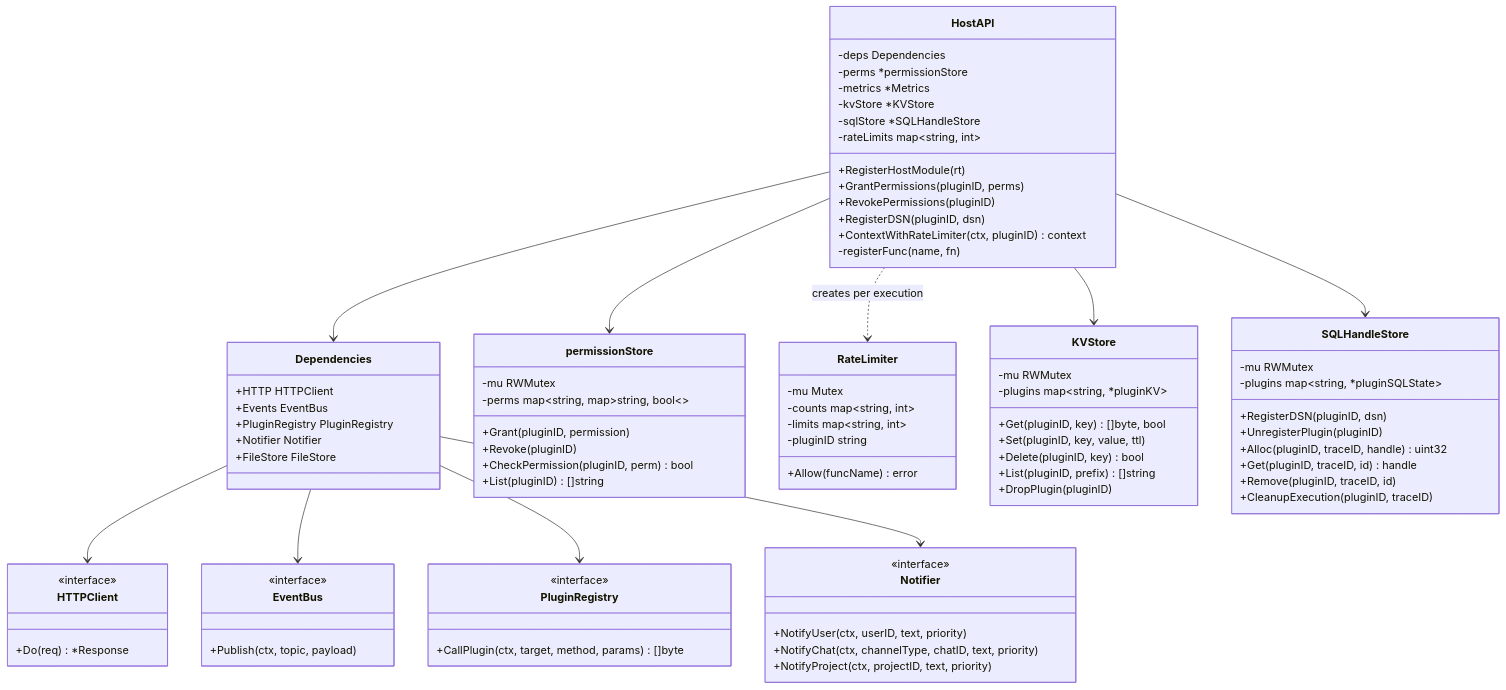
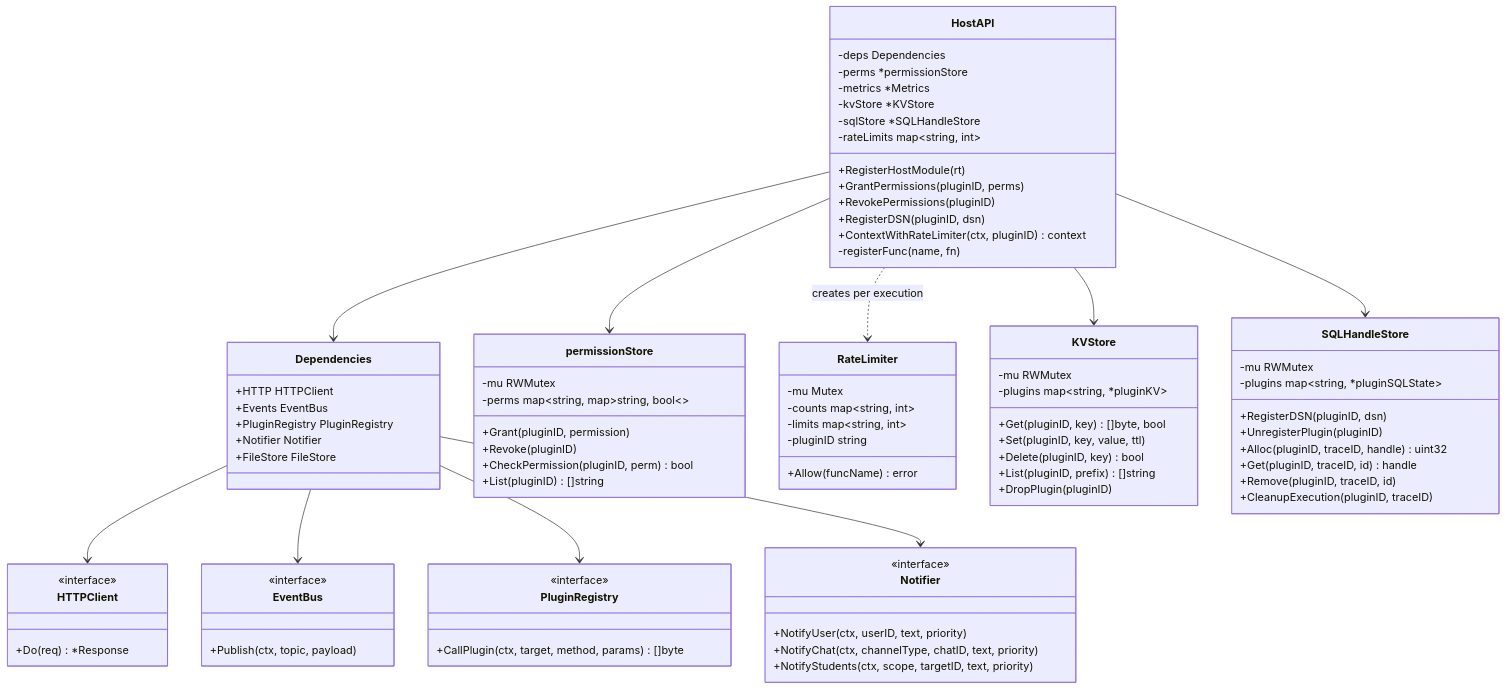
The first of 5 diagrams in web/docs/architecture/hostapi.md (StaZisS/SuperBotGo), drawn with Mermaid before and after one commit. The commit also changed other lines of this file and 33 other files, not shown here.

```diff
--- a/web/docs/architecture/hostapi.md
+++ b/web/docs/architecture/hostapi.md
@@ -52,7 +52,7 @@
         <<interface>>
         +NotifyUser(ctx, userID, text, priority)
         +NotifyChat(ctx, channelType, chatID, text, priority)
-        +NotifyProject(ctx, projectID, text, priority)
+        +NotifyStudents(ctx, scope, targetID, text, priority)
     }
 
     class permissionStore {
```
